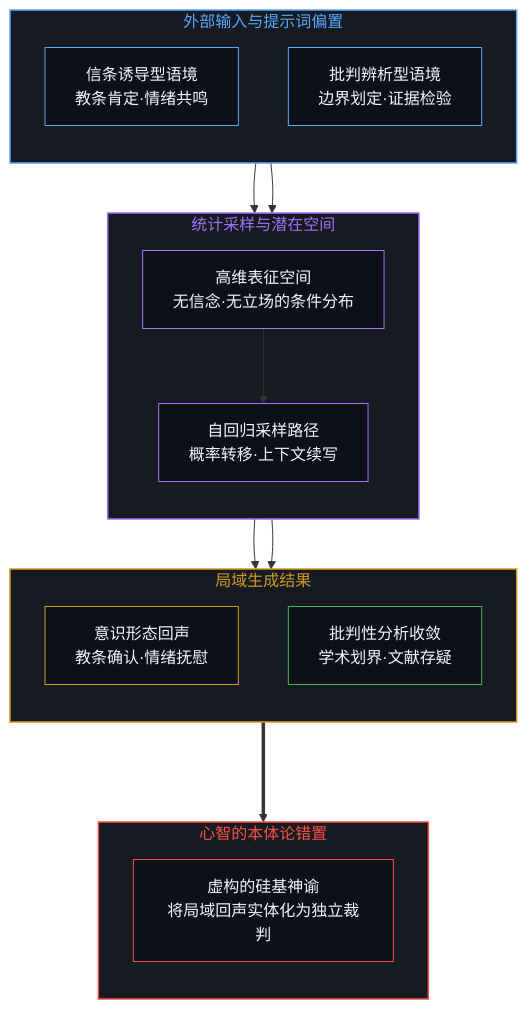
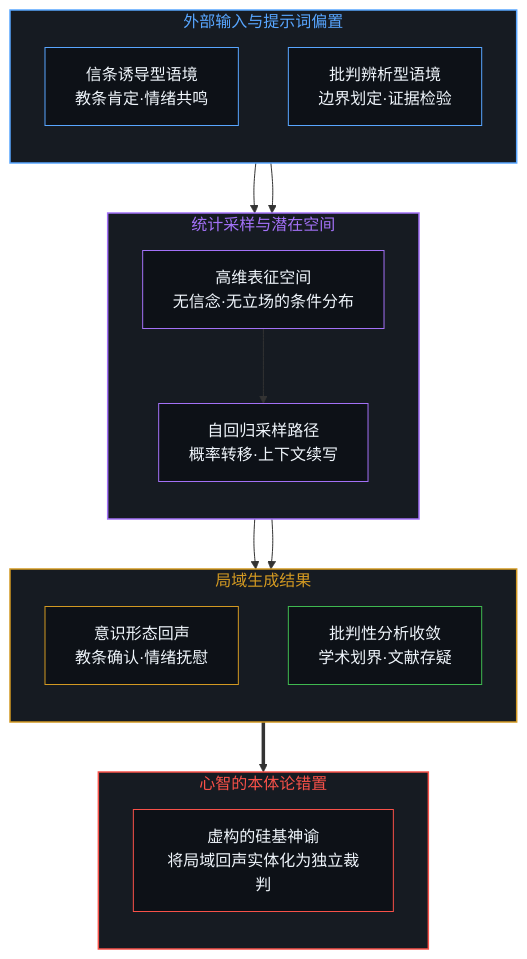
The first of 4 diagrams in content/posts/silicon-oracles-and-the-asymmetry-of-consequence.md (powerpig99/not-a-toe), drawn with Mermaid before and after one commit. The commit also changed other lines of this file and 1 other file, not shown here.

Commit message:
Fix Post #360: Standardize Mermaid thick arrows to ==> for universal local and live rendering

````diff
--- a/content/posts/silicon-oracles-and-the-asymmetry-of-consequence.md
+++ b/content/posts/silicon-oracles-and-the-asymmetry-of-consequence.md
@@ -25,44 +25,44 @@
 ```mermaid
 graph TD
     subgraph S_INPUT["外部输入与提示词偏置"]
         direction TB
         N_CONFESS["信条诱导型语境<br/>教条肯定·情绪共鸣"]
         N_CRITIC["批判辨析型语境<br/>边界划定·证据检验"]
     end
 
     subgraph S_MODEL["统计采样与潜在空间"]
         direction TB
         N_LATENT["高维表征空间<br/>无信念·无立场的条件分布"]
         N_SAMPLE["自回归采样路径<br/>概率转移·上下文续写"]
         N_LATENT --> N_SAMPLE
     end
 
     subgraph S_OUTPUT["局域生成结果"]
         direction TB
         N_ECHO["意识形态回声<br/>教条确认·情绪抚慰"]
         N_DEMARC["批判性分析收敛<br/>学术划界·文献存疑"]
     end
 
     subgraph S_ERROR["心智的本体论错置"]
         direction TB
         N_ORACLE["虚构的硅基神谕<br/>将局域回声实体化为独立裁判"]
     end
 
     N_CONFESS --> N_LATENT
     N_CRITIC --> N_LATENT
     N_SAMPLE --> N_ECHO
     N_SAMPLE --> N_DEMARC
-    N_ECHO ===> N_ORACLE
+    N_ECHO ==> N_ORACLE
 
     style S_INPUT fill:#161b22,stroke:#58a6ff,stroke-width:1.5px,color:#58a6ff
     style S_MODEL fill:#161b22,stroke:#a371f7,stroke-width:1.5px,color:#a371f7
     style S_OUTPUT fill:#161b22,stroke:#d29922,stroke-width:1.5px,color:#d29922
     style S_ERROR fill:#161b22,stroke:#f85149,stroke-width:1.5px,color:#f85149
     style N_CONFESS fill:#0d1117,stroke:#58a6ff,stroke-width:1px,color:#f0f6fc
     style N_CRITIC fill:#0d1117,stroke:#58a6ff,stroke-width:1px,color:#f0f6fc
     style N_LATENT fill:#0d1117,stroke:#a371f7,stroke-width:1px,color:#f0f6fc
     style N_SAMPLE fill:#0d1117,stroke:#a371f7,stroke-width:1px,color:#f0f6fc
     style N_ECHO fill:#0d1117,stroke:#d29922,stroke-width:1px,color:#f0f6fc
     style N_DEMARC fill:#0d1117,stroke:#3fb950,stroke-width:1px,color:#f0f6fc
     style N_ORACLE fill:#0d1117,stroke:#f85149,stroke-width:1px,color:#f0f6fc
 ```
````
